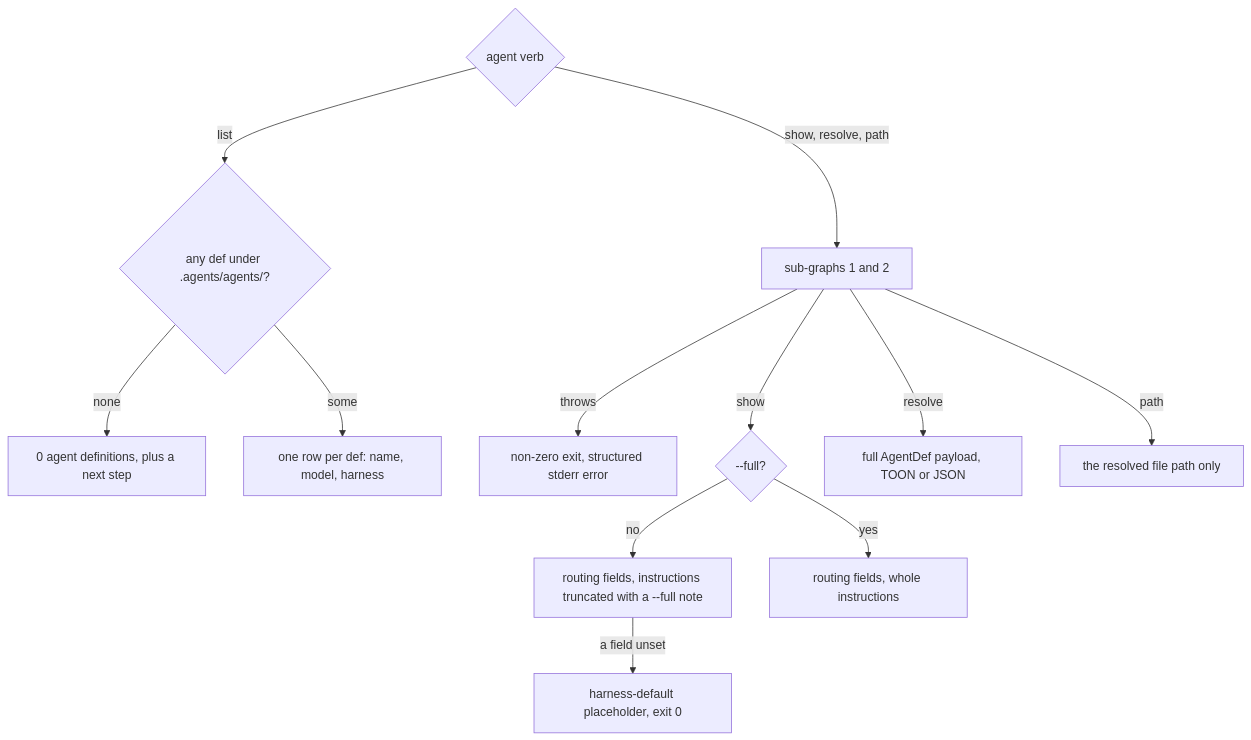
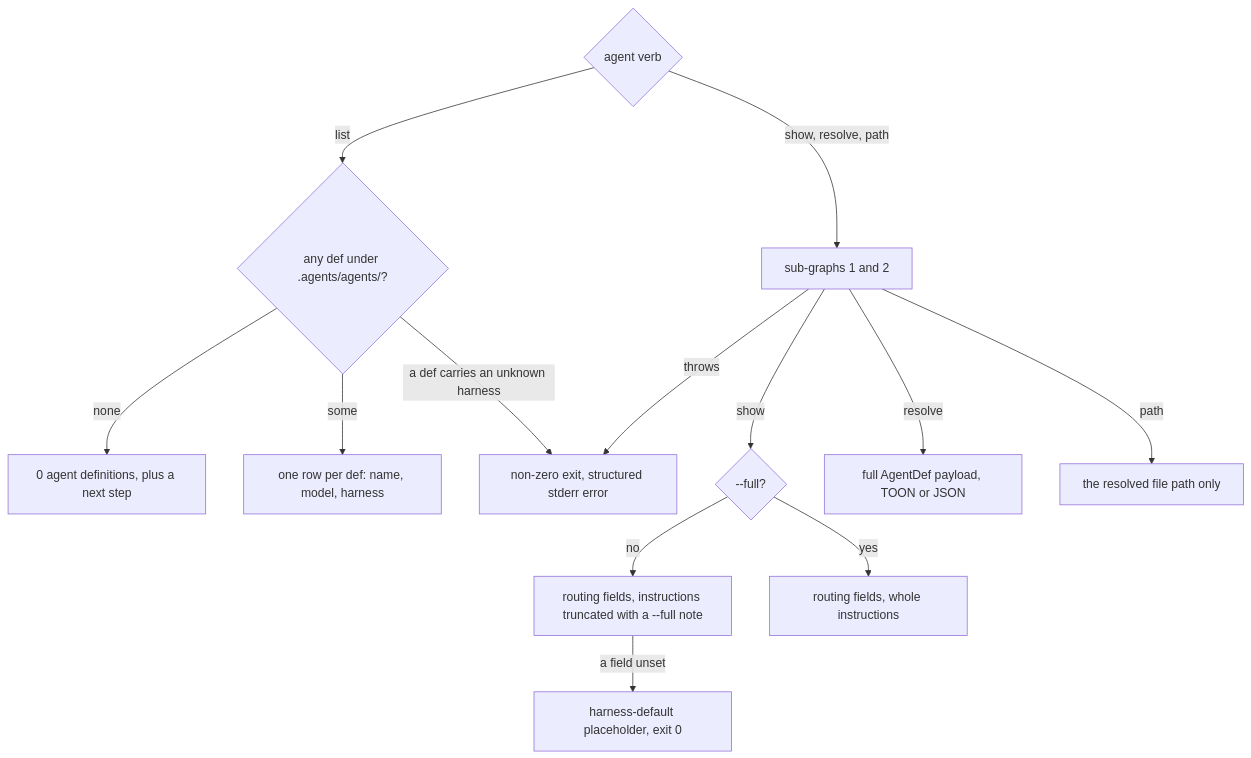
Before and after one commit to cyberuni/cyberlegion: the fourth of 4 diagrams in packages/cyberlegion/.agents/spec/agent/README.md, drawn with Mermaid. The commit also changed other lines of this file and 8 other files, not shown here.

First line of the commit message:
fix: refuse an unknown harness tag when resolving an agent def (#61)

````diff
--- a/packages/cyberlegion/.agents/spec/agent/README.md
+++ b/packages/cyberlegion/.agents/spec/agent/README.md
@@ -216,14 +221,15 @@
 ```mermaid
 graph TD
   VERB{agent verb} -->|list| LIST{any def under .agents/agents/?}
   LIST -->|none| EMPTY[0 agent definitions, plus a next step]
   LIST -->|some| ROWS[one row per def: name, model, harness]
+  LIST -->|a def carries an unknown harness| FAIL[non-zero exit, structured stderr error]
   VERB -->|show, resolve, path| LOCATE[sub-graphs 1 and 2]
-  LOCATE -->|throws| FAIL[non-zero exit, structured stderr error]
+  LOCATE -->|throws| FAIL
   LOCATE -->|show| SHOW{--full?}
   SHOW -->|no| TRUNC[routing fields, instructions truncated with a --full note]
   SHOW -->|yes| FULL[routing fields, whole instructions]
   TRUNC -->|a field unset| PLACEHOLDER[harness-default placeholder, exit 0]
   LOCATE -->|resolve| PAYLOAD[full AgentDef payload, TOON or JSON]
   LOCATE -->|path| PATH[the resolved file path only]
 ```
````
